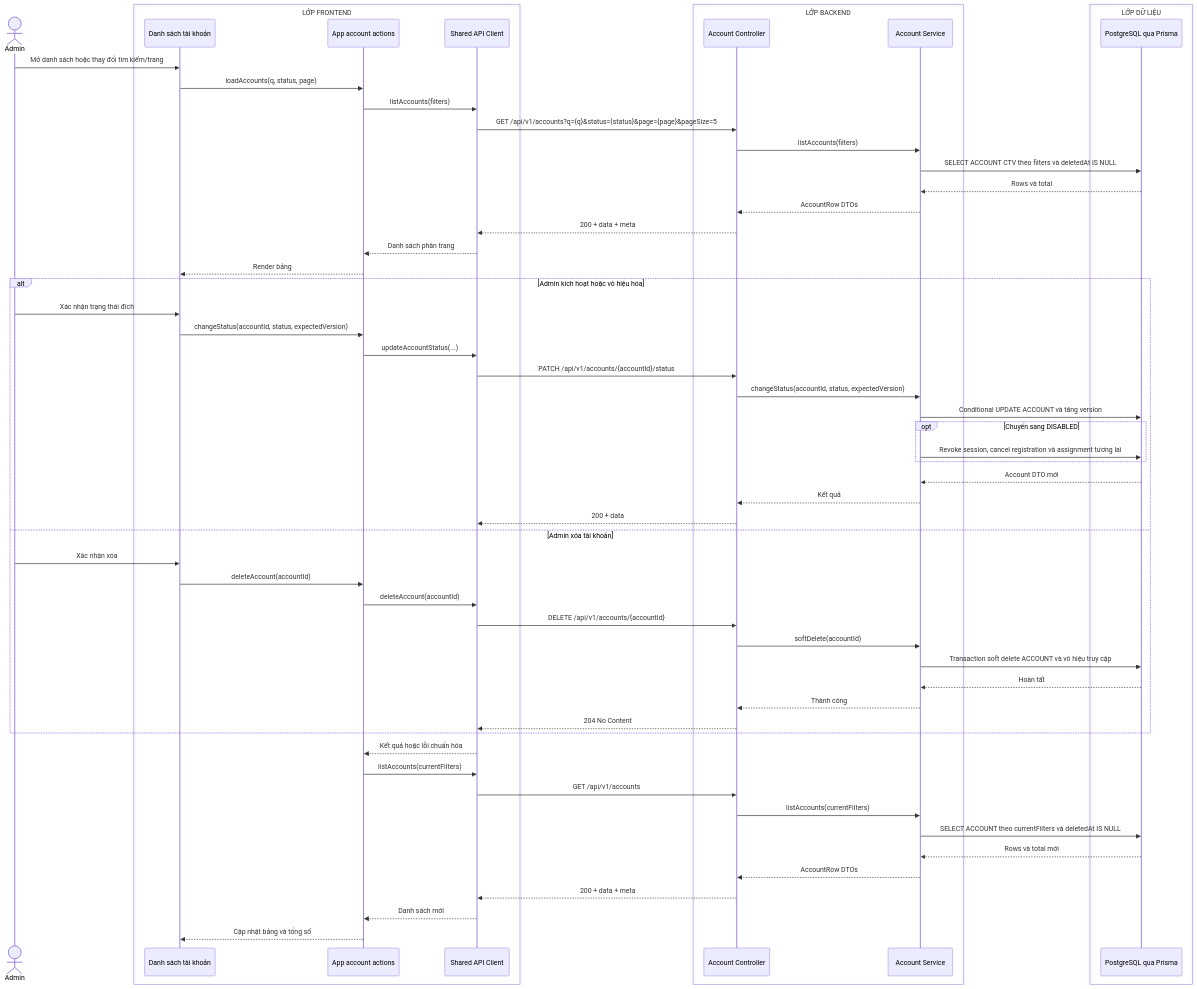
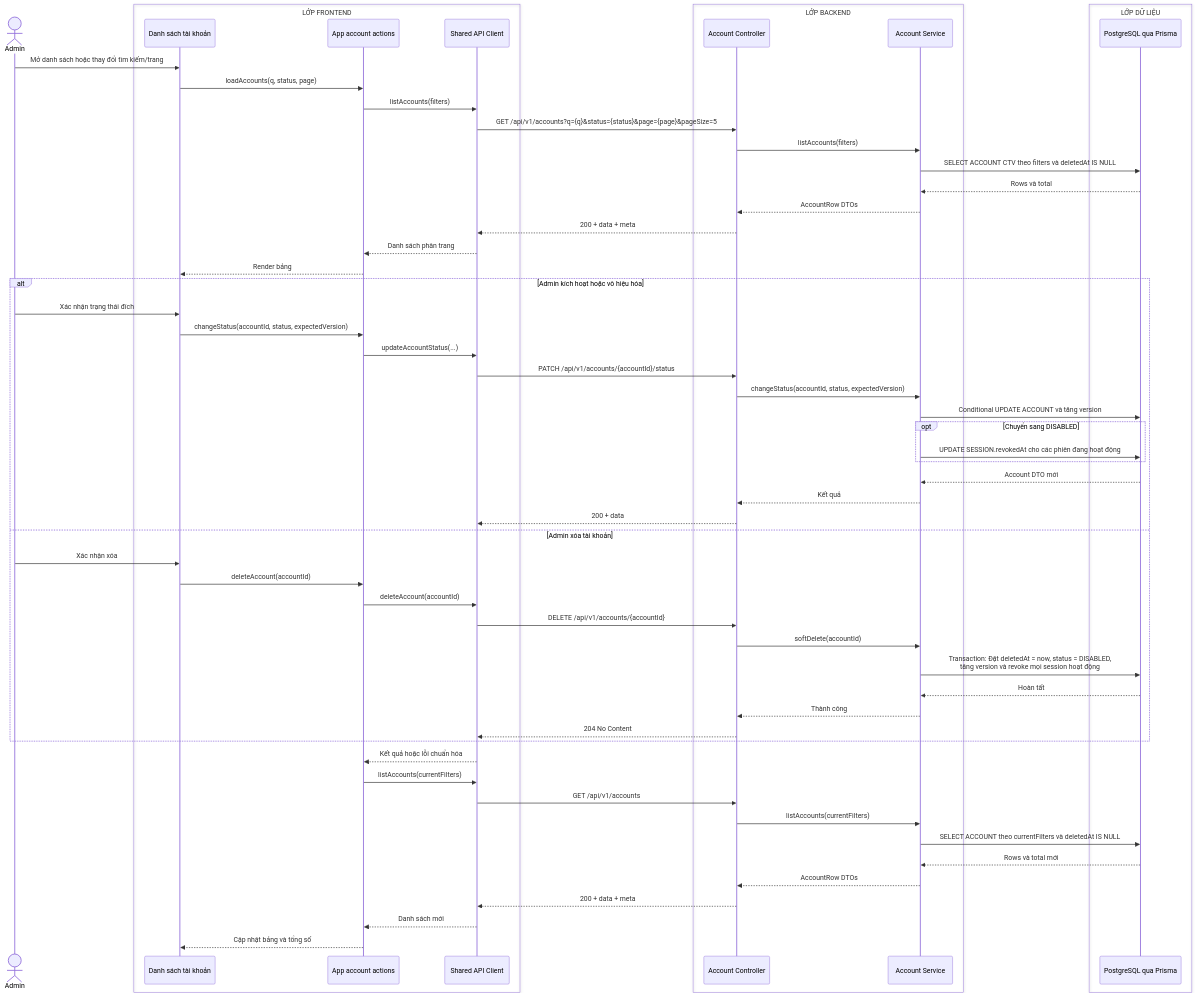
The diagram in docs/sequence-diagrams/09-quan-ly-tai-khoan.md (MINHDZVODICH/ctv-manage), drawn with Mermaid before and after one commit. The commit also changed other lines of this file and 12 other files, not shown here.

````diff
--- a/docs/sequence-diagrams/09-quan-ly-tai-khoan.md
+++ b/docs/sequence-diagrams/09-quan-ly-tai-khoan.md
@@ -5,64 +5,64 @@
 ```mermaid
 sequenceDiagram
     actor A as Admin
     box LỚP FRONTEND
         participant UI as Danh sách tài khoản
         participant H as App account actions
         participant API as Shared API Client
     end
     box LỚP BACKEND
         participant C as Account Controller
         participant S as Account Service
     end
     box LỚP DỮ LIỆU
         participant DB as PostgreSQL qua Prisma
     end
 
     A->>UI: Mở danh sách hoặc thay đổi tìm kiếm/trang
     UI->>H: loadAccounts(q, status, page)
     H->>API: listAccounts(filters)
     API->>C: GET /api/v1/accounts?q={q}&status={status}&page={page}&pageSize=5
     C->>S: listAccounts(filters)
     S->>DB: SELECT ACCOUNT CTV theo filters và deletedAt IS NULL
     DB-->>S: Rows và total
     S-->>C: AccountRow DTOs
     C-->>API: 200 + data + meta
     API-->>H: Danh sách phân trang
     H-->>UI: Render bảng
 
     alt Admin kích hoạt hoặc vô hiệu hóa
         A->>UI: Xác nhận trạng thái đích
         UI->>H: changeStatus(accountId, status, expectedVersion)
         H->>API: updateAccountStatus(...)
         API->>C: PATCH /api/v1/accounts/{accountId}/status
         C->>S: changeStatus(accountId, status, expectedVersion)
         S->>DB: Conditional UPDATE ACCOUNT và tăng version
         opt Chuyển sang DISABLED
-            S->>DB: Revoke session, cancel registration và assignment tương lai
+            S->>DB: UPDATE SESSION.revokedAt cho các phiên đang hoạt động
         end
         DB-->>S: Account DTO mới
         S-->>C: Kết quả
         C-->>API: 200 + data
     else Admin xóa tài khoản
         A->>UI: Xác nhận xóa
         UI->>H: deleteAccount(accountId)
         H->>API: deleteAccount(accountId)
         API->>C: DELETE /api/v1/accounts/{accountId}
         C->>S: softDelete(accountId)
-        S->>DB: Transaction soft delete ACCOUNT và vô hiệu truy cập
+        S->>DB: Transaction: Đặt deletedAt = now, status = DISABLED,<br/>tăng version và revoke mọi session hoạt động
         DB-->>S: Hoàn tất
         S-->>C: Thành công
         C-->>API: 204 No Content
     end
 
     API-->>H: Kết quả hoặc lỗi chuẩn hóa
     H->>API: listAccounts(currentFilters)
     API->>C: GET /api/v1/accounts
     C->>S: listAccounts(currentFilters)
     S->>DB: SELECT ACCOUNT theo currentFilters và deletedAt IS NULL
     DB-->>S: Rows và total mới
     S-->>C: AccountRow DTOs
     C-->>API: 200 + data + meta
     API-->>H: Danh sách mới
     H-->>UI: Cập nhật bảng và tổng số
 ```
````
